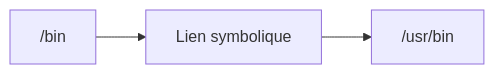
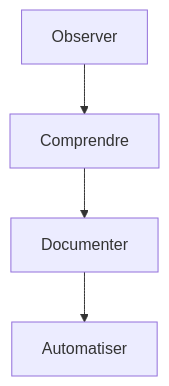
The seventh of 7 diagrams in campagne 1/1.4.md (tdelaclos/formations), drawn with Mermaid before and after one commit. The commit also changed other lines of this file, not shown here.

````diff
--- a/campagne 1/1.4.md
+++ b/campagne 1/1.4.md
@@ -1056,12 +616,15 @@
 ```mermaid
-flowchart LR
+flowchart TD
 
-A["/bin"]
+A["Observer"]
 
-B["Lien symbolique"]
+B["Comprendre"]
 
-C["/usr/bin"]
+C["Documenter"]
+
+D["Automatiser"]
 
 A --> B
 B --> C
+C --> D
 ```
````
